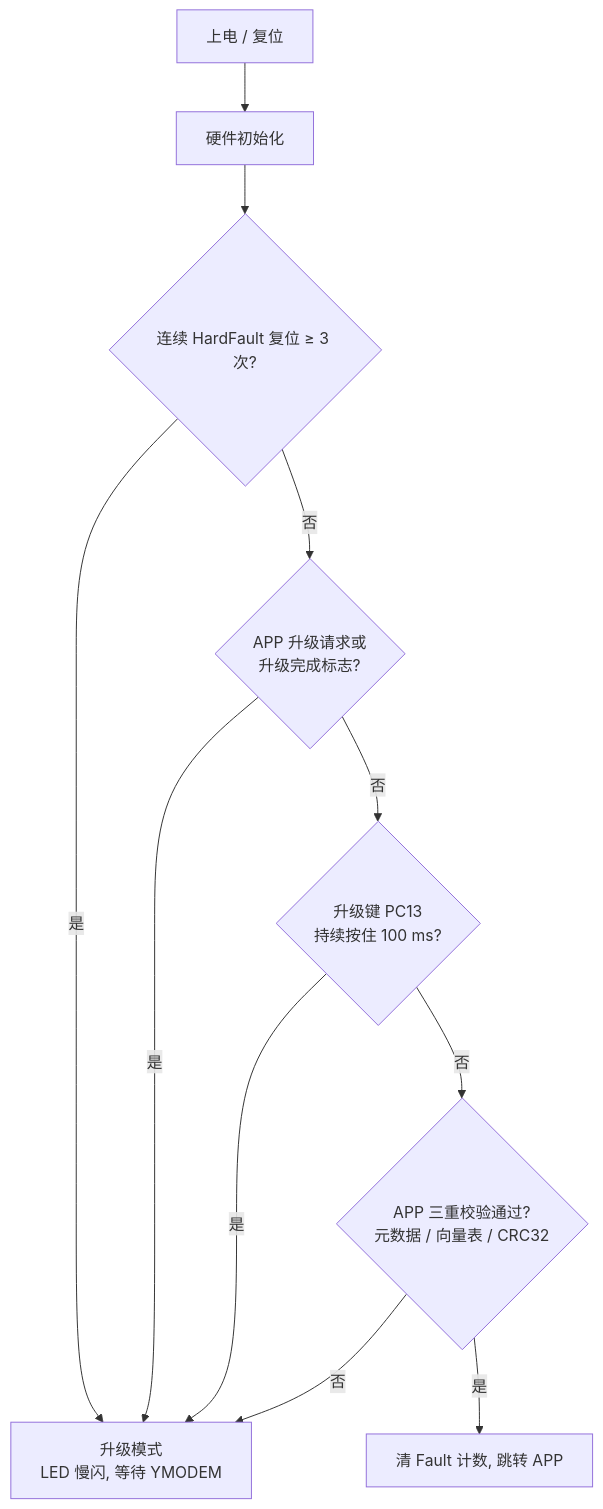
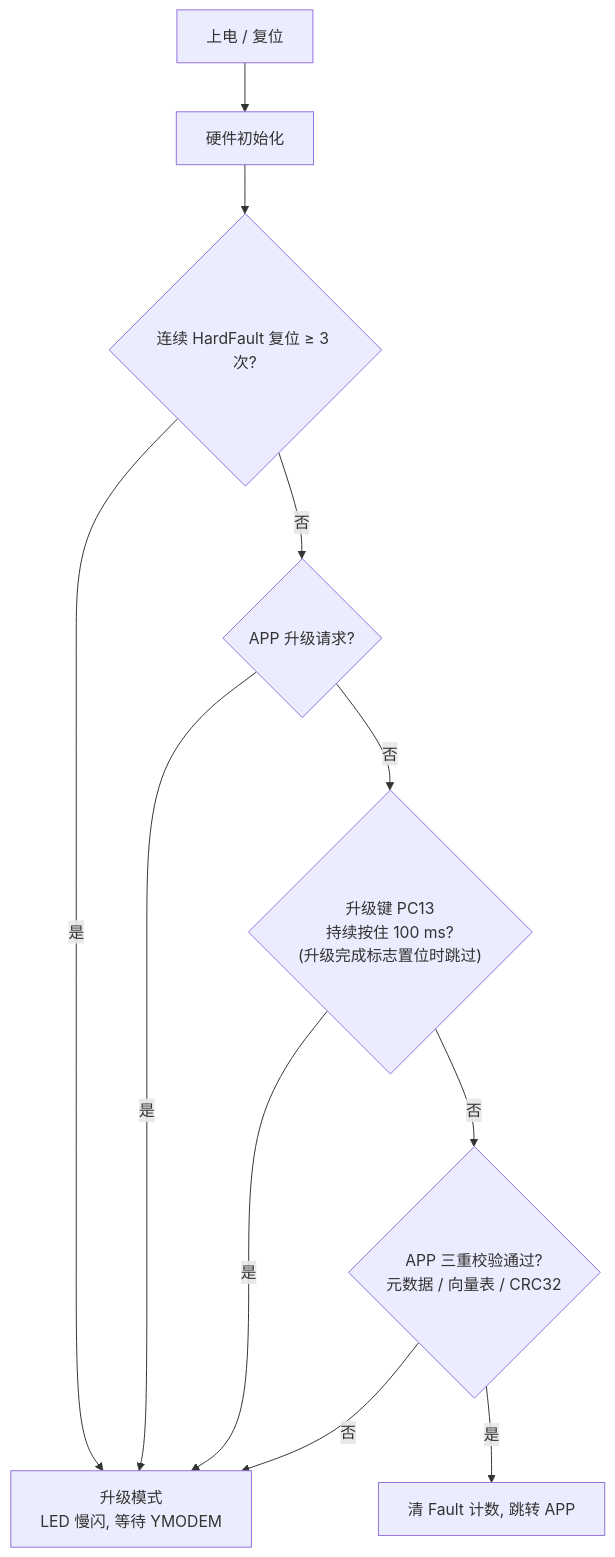
The diagram in docs/系统设计.md (zyf0205/BootLoader), drawn with Mermaid before and after one commit. The commit also changed other lines of this file and 21 other files, not shown here.

````diff
--- a/docs/系统设计.md
+++ b/docs/系统设计.md
@@ -45,13 +45,13 @@
 ```mermaid
 flowchart TD
     A["上电 / 复位"] --> B["硬件初始化"]
     B --> C{"连续 HardFault 复位 ≥ 3 次?"}
     C -- "是" --> UPD["升级模式<br/>LED 慢闪, 等待 YMODEM"]
-    C -- "否" --> D{"APP 升级请求或<br/>升级完成标志?"}
+    C -- "否" --> D{"APP 升级请求?"}
     D -- "是" --> UPD
-    D -- "否" --> E{"升级键 PC13<br/>持续按住 100 ms?"}
+    D -- "否" --> E{"升级键 PC13<br/>持续按住 100 ms?<br/>(升级完成标志置位时跳过)"}
     E -- "是" --> UPD
     E -- "否" --> F{"APP 三重校验通过?<br/>元数据 / 向量表 / CRC32"}
     F -- "否" --> UPD
     F -- "是" --> G["清 Fault 计数, 跳转 APP"]
 ```
````
